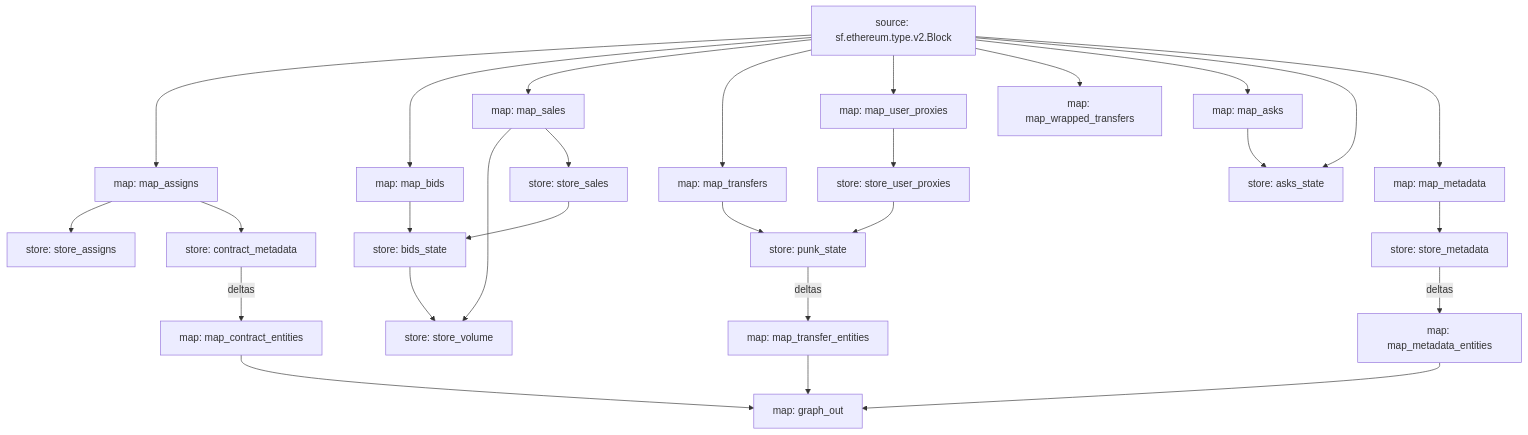
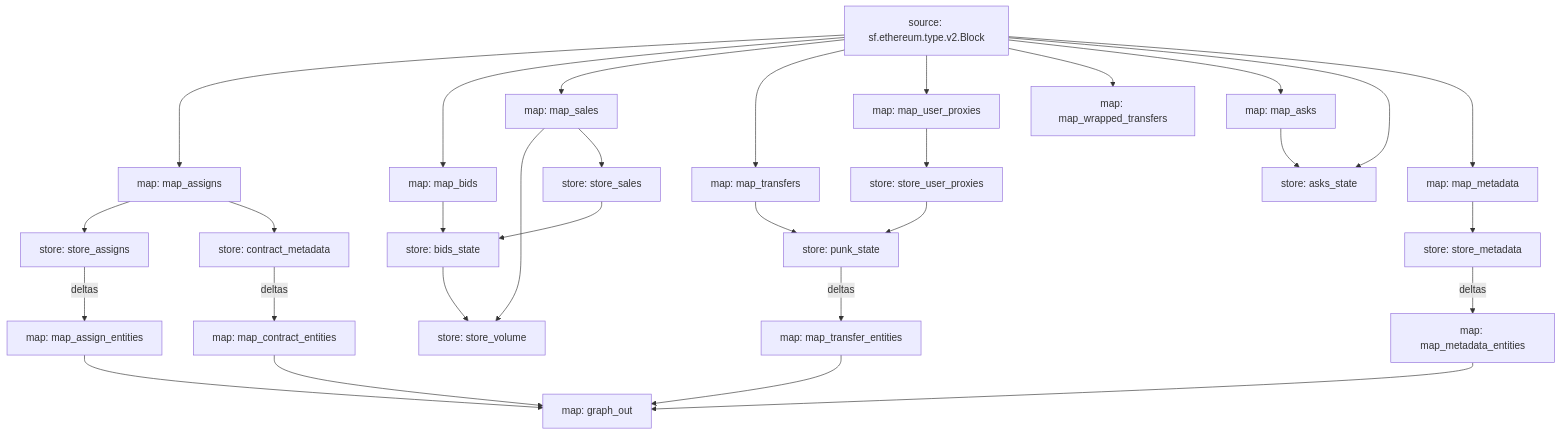
Before and after one commit to itsjerryokolo/cryptopunks_substreams: the diagram in README.md, drawn with Mermaid. The commit also changed 6 other files, not shown here.

````diff
--- a/README.md
+++ b/README.md
@@ -3,51 +3,54 @@
 ```mermaid
 graph TD;
   map_assigns[map: map_assigns]
   sf.ethereum.type.v2.Block[source: sf.ethereum.type.v2.Block] --> map_assigns
   store_assigns[store: store_assigns]
   map_assigns --> store_assigns
   map_bids[map: map_bids]
   sf.ethereum.type.v2.Block[source: sf.ethereum.type.v2.Block] --> map_bids
   bids_state[store: bids_state]
   map_bids --> bids_state
   store_sales --> bids_state
   store_volume[store: store_volume]
   map_sales --> store_volume
   bids_state --> store_volume
   store_sales[store: store_sales]
   map_sales --> store_sales
   map_sales[map: map_sales]
   sf.ethereum.type.v2.Block[source: sf.ethereum.type.v2.Block] --> map_sales
   map_transfers[map: map_transfers]
   sf.ethereum.type.v2.Block[source: sf.ethereum.type.v2.Block] --> map_transfers
   punk_state[store: punk_state]
   map_transfers --> punk_state
   store_user_proxies --> punk_state
   map_user_proxies[map: map_user_proxies]
   sf.ethereum.type.v2.Block[source: sf.ethereum.type.v2.Block] --> map_user_proxies
   map_wrapped_transfers[map: map_wrapped_transfers]
   sf.ethereum.type.v2.Block[source: sf.ethereum.type.v2.Block] --> map_wrapped_transfers
   store_user_proxies[store: store_user_proxies]
   map_user_proxies --> store_user_proxies
   map_asks[map: map_asks]
   sf.ethereum.type.v2.Block[source: sf.ethereum.type.v2.Block] --> map_asks
   asks_state[store: asks_state]
   map_asks --> asks_state
   sf.ethereum.type.v2.Block[source: sf.ethereum.type.v2.Block] --> asks_state
   contract_metadata[store: contract_metadata]
   map_assigns --> contract_metadata
   map_metadata[map: map_metadata]
   sf.ethereum.type.v2.Block[source: sf.ethereum.type.v2.Block] --> map_metadata
   store_metadata[store: store_metadata]
   map_metadata --> store_metadata
   map_metadata_entities[map: map_metadata_entities]
   store_metadata -- deltas --> map_metadata_entities
   map_contract_entities[map: map_contract_entities]
   contract_metadata -- deltas --> map_contract_entities
   map_transfer_entities[map: map_transfer_entities]
   punk_state -- deltas --> map_transfer_entities
+  map_assign_entities[map: map_assign_entities]
+  store_assigns -- deltas --> map_assign_entities
   graph_out[map: graph_out]
   map_metadata_entities --> graph_out
   map_contract_entities --> graph_out
   map_transfer_entities --> graph_out
+  map_assign_entities --> graph_out
 ```
````
